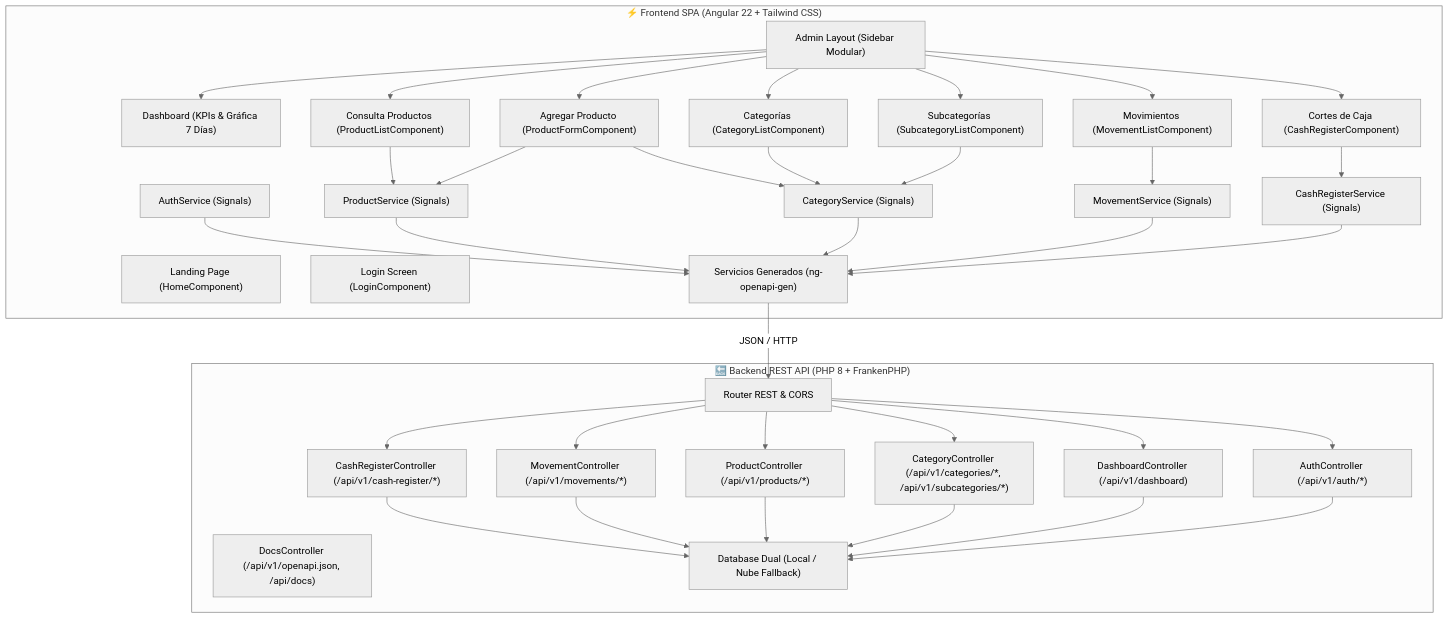
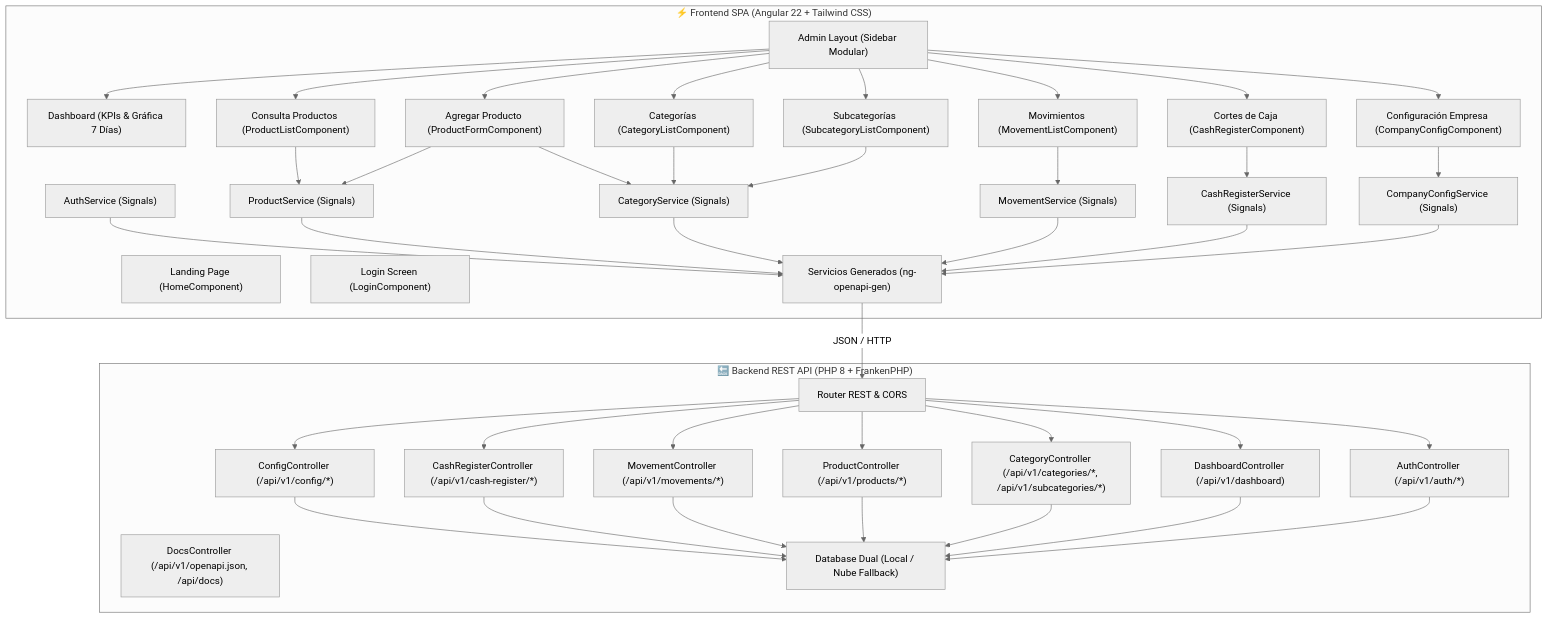
One commit to Paulob0t/PauloBotStore changed the diagram in README.md. Above: the diagram before and after it, drawn with Mermaid (neutral theme). The commit also changed other lines of this file and 17 other files, not shown here.

First line of the commit message:
feat(config): migrar modulo de Configuracion de Empresa a Angular SPA y REST API

````diff
--- a/README.md
+++ b/README.md
@@ -16,66 +16,74 @@
 ```mermaid
 graph TD
     subgraph Frontend_SPA ["⚡ Frontend SPA (Angular 22 + Tailwind CSS)"]
         Landing["Landing Page (HomeComponent)"]
         Login["Login Screen (LoginComponent)"]
         AdminShell["Admin Layout (Sidebar Modular)"]
         Dashboard["Dashboard (KPIs & Gráfica 7 Días)"]
         ProductsList["Consulta Productos (ProductListComponent)"]
         ProductsForm["Agregar Producto (ProductFormComponent)"]
         CategoriesList["Categorías (CategoryListComponent)"]
         SubcategoriesList["Subcategorías (SubcategoryListComponent)"]
         MovementsList["Movimientos (MovementListComponent)"]
         CashRegister["Cortes de Caja (CashRegisterComponent)"]
+        CompanyConfig["Configuración Empresa (CompanyConfigComponent)"]
         AuthSvc["AuthService (Signals)"]
         ProdSvc["ProductService (Signals)"]
         CatSvc["CategoryService (Signals)"]
         MoveSvc["MovementService (Signals)"]
         CashSvc["CashRegisterService (Signals)"]
+        ConfigSvc["CompanyConfigService (Signals)"]
         OpenApiGen["Servicios Generados (ng-openapi-gen)"]
     end
 
     subgraph Backend_REST ["🔙 Backend REST API (PHP 8 + FrankenPHP)"]
         Router["Router REST & CORS"]
         AuthController["AuthController (/api/v1/auth/*)"]
         DashboardController["DashboardController (/api/v1/dashboard)"]
         ProductController["ProductController (/api/v1/products/*)"]
         CategoryController["CategoryController (/api/v1/categories/*, /api/v1/subcategories/*)"]
         MovementController["MovementController (/api/v1/movements/*)"]
         CashRegisterController["CashRegisterController (/api/v1/cash-register/*)"]
+        ConfigController["ConfigController (/api/v1/config/*)"]
         DocsController["DocsController (/api/v1/openapi.json, /api/docs)"]
         Database["Database Dual (Local / Nube Fallback)"]
     end
 
     AdminShell --> Dashboard
     AdminShell --> ProductsList
     AdminShell --> ProductsForm
     AdminShell --> CategoriesList
     AdminShell --> SubcategoriesList
     AdminShell --> MovementsList
     AdminShell --> CashRegister
+    AdminShell --> CompanyConfig
+    CompanyConfig --> ConfigSvc
     CashRegister --> CashSvc
     MovementsList --> MoveSvc
     ProductsList --> ProdSvc
     ProductsForm --> ProdSvc
     ProductsForm --> CatSvc
     CategoriesList --> CatSvc
     SubcategoriesList --> CatSvc
     AuthSvc --> OpenApiGen
     ProdSvc --> OpenApiGen
     CatSvc --> OpenApiGen
     MoveSvc --> OpenApiGen
     CashSvc --> OpenApiGen
+    ConfigSvc --> OpenApiGen
     OpenApiGen -->|JSON / HTTP| Router
     Router --> AuthController
     Router --> DashboardController
     Router --> ProductController
     Router --> CategoryController
     Router --> MovementController
     Router --> CashRegisterController
+    Router --> ConfigController
+    ConfigController --> Database
     CashRegisterController --> Database
     MovementController --> Database
     ProductController --> Database
     CategoryController --> Database
     DashboardController --> Database
     AuthController --> Database
 ```
````
